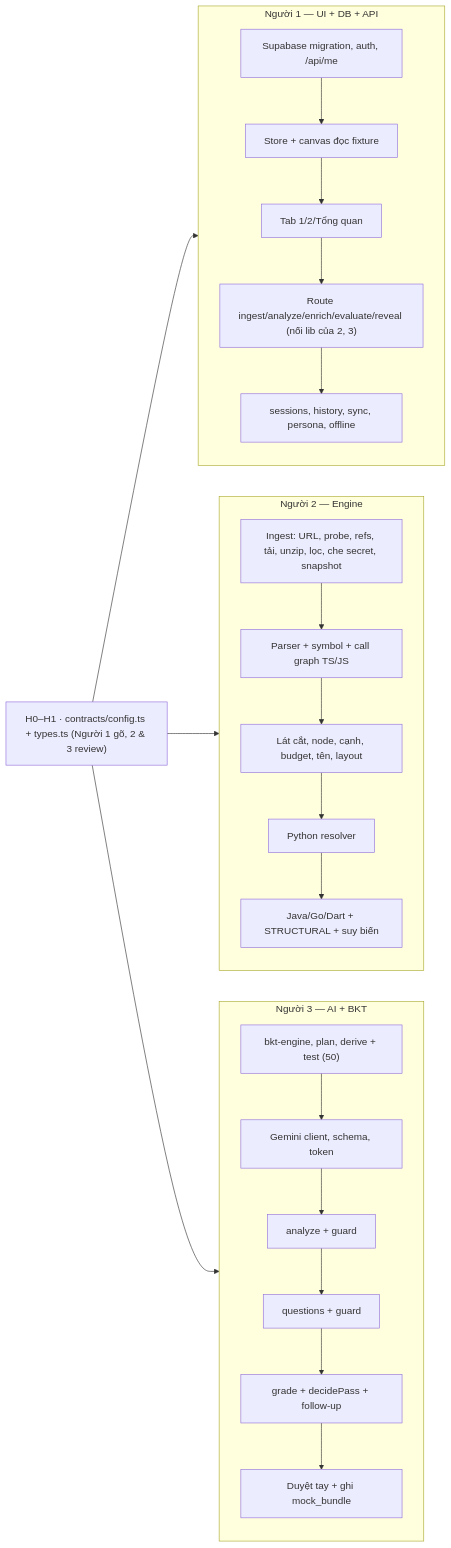
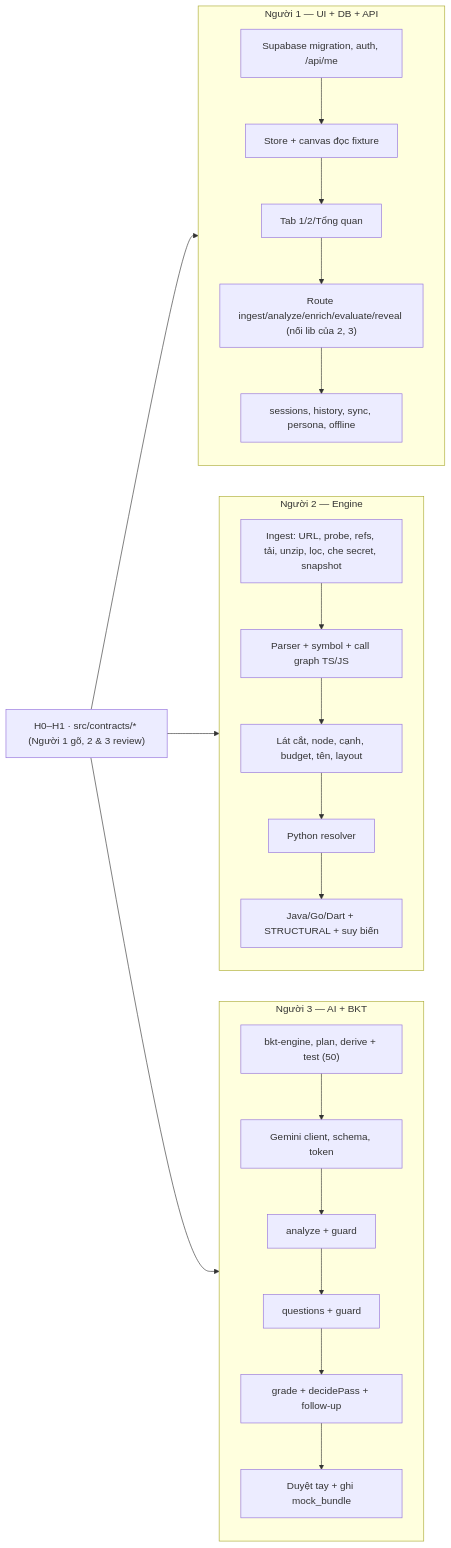
Before and after one commit to huynhthanhnhannnh-pixel/Hackathon_SGU: the diagram in spec/40_KE_HOACH_21H.md, drawn with Mermaid. The commit also changed other lines of this file and 11 other files, not shown here.

````diff
--- a/spec/40_KE_HOACH_21H.md
+++ b/spec/40_KE_HOACH_21H.md
@@ -86,13 +86,13 @@
 ```mermaid
 flowchart LR
-    C["H0–H1 · contracts/config.ts + types.ts (Người 1 gõ, 2 & 3 review)"] --> P1 & P2 & P3
+    C["H0–H1 · src/contracts/* (Người 1 gõ, 2 & 3 review)"] --> P1 & P2 & P3
     subgraph P1["Người 1 — UI + DB + API"]
       A1["Supabase migration, auth, /api/me"] --> A2["Store + canvas đọc fixture"] --> A3["Tab 1/2/Tổng quan"] --> A4["Route ingest/analyze/enrich/evaluate/reveal (nối lib của 2, 3)"] --> A5["sessions, history, sync, persona, offline"]
     end
     subgraph P2["Người 2 — Engine"]
       B1["Ingest: URL, probe, refs, tải, unzip, lọc, che secret, snapshot"] --> B2["Parser + symbol + call graph TS/JS"] --> B3["Lát cắt, node, cạnh, budget, tên, layout"] --> B4["Python resolver"] --> B5["Java/Go/Dart + STRUCTURAL + suy biến"]
     end
     subgraph P3["Người 3 — AI + BKT"]
       D1["bkt-engine, plan, derive + test (50)"] --> D2["Gemini client, schema, token"] --> D3["analyze + guard"] --> D4["questions + guard"] --> D5["grade + decidePass + follow-up"] --> D6["Duyệt tay + ghi mock_bundle"]
     end
 ```
````
